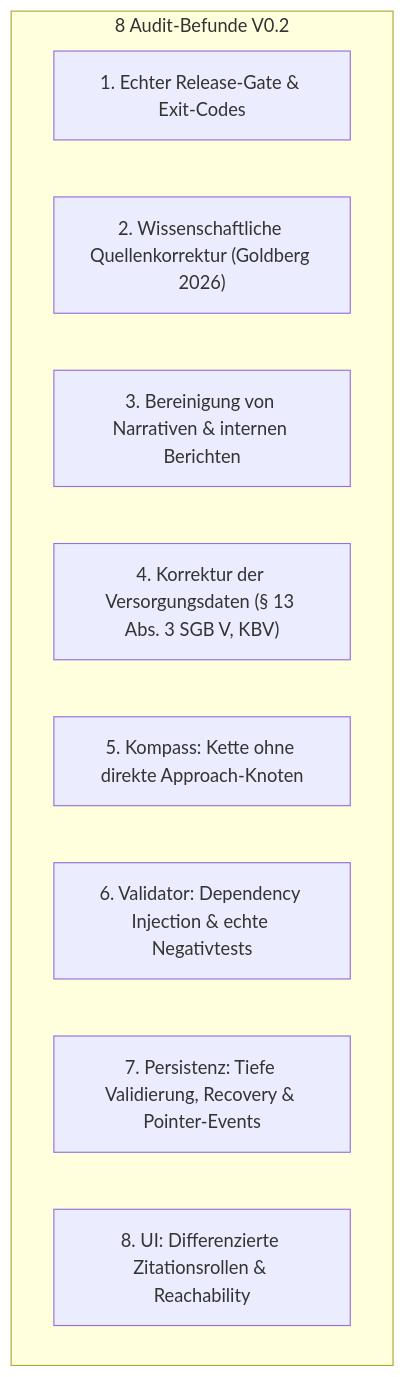
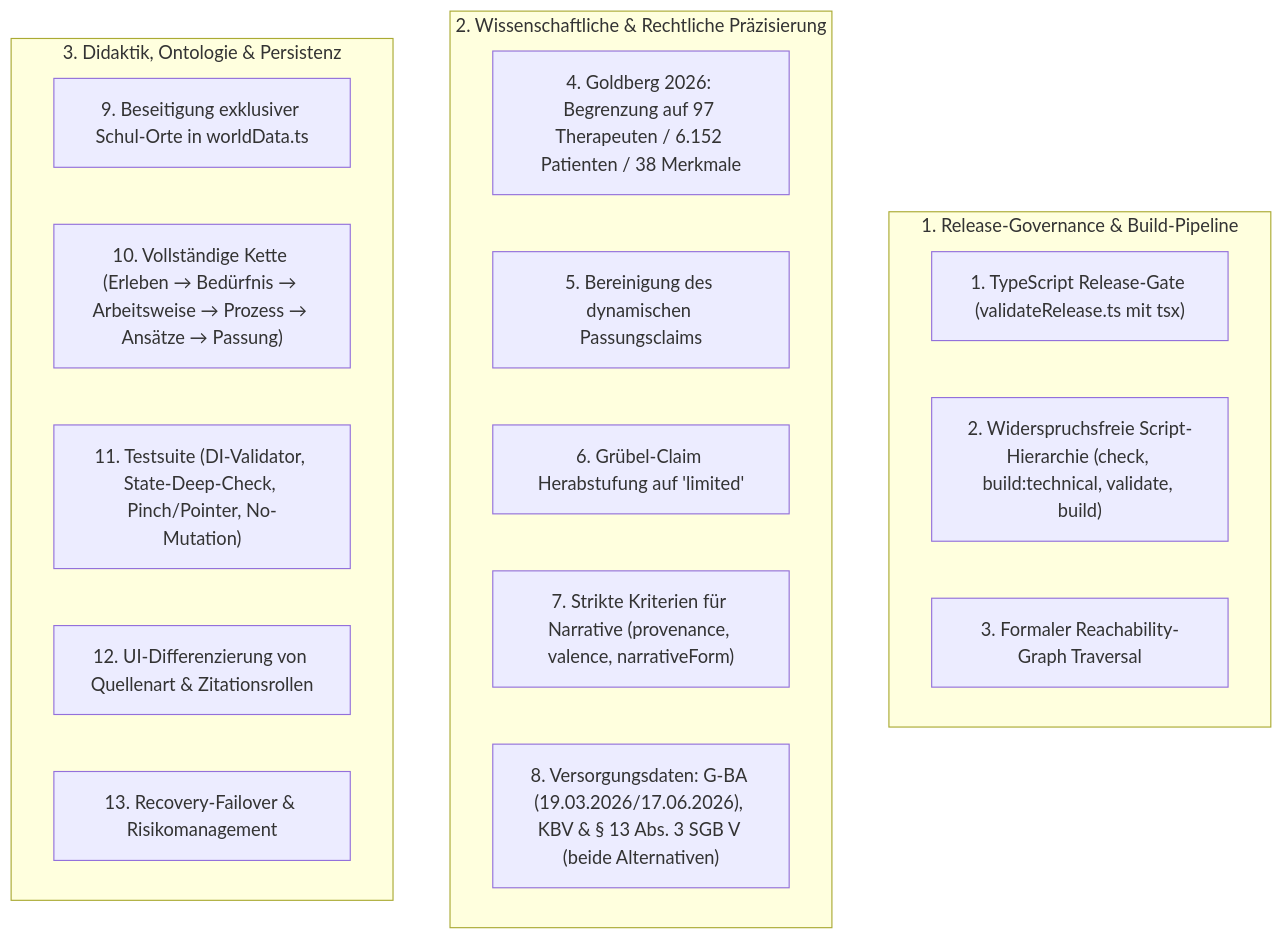
The diagram in docs/CORRECTION_PLAN_V02_AUDIT.md (TimWeyr/landkarte-der-psychotherapie), drawn with Mermaid before and after one commit. The commit also changed other lines of this file, not shown here.

Commit message:
docs: revise CORRECTION_PLAN_V02_AUDIT.md to Version 2.0 based on 13-point audit

````diff
--- a/docs/CORRECTION_PLAN_V02_AUDIT.md
+++ b/docs/CORRECTION_PLAN_V02_AUDIT.md
@@ -13,13 +13,24 @@
 ```mermaid
 graph TD
-    subgraph Audit ["8 Audit-Befunde V0.2"]
-        F1["1. Echter Release-Gate & Exit-Codes"]
-        F2["2. Wissenschaftliche Quellenkorrektur (Goldberg 2026)"]
-        F3["3. Bereinigung von Narrativen & internen Berichten"]
-        F4["4. Korrektur der Versorgungsdaten (§ 13 Abs. 3 SGB V, KBV)"]
-        F5["5. Kompass: Kette ohne direkte Approach-Knoten"]
-        F6["6. Validator: Dependency Injection & echte Negativtests"]
-        F7["7. Persistenz: Tiefe Validierung, Recovery & Pointer-Events"]
-        F8["8. UI: Differenzierte Zitationsrollen & Reachability"]
+    subgraph Governance ["1. Release-Governance & Build-Pipeline"]
+        K1["1. TypeScript Release-Gate (validateRelease.ts mit tsx)"]
+        K2["2. Widerspruchsfreie Script-Hierarchie (check, build:technical, validate, build)"]
+        K3["3. Formaler Reachability-Graph Traversal"]
+    end
+
+    subgraph Epistemics ["2. Wissenschaftliche & Rechtliche Präzisierung"]
+        K4["4. Goldberg 2026: Begrenzung auf 97 Therapeuten / 6.152 Patienten / 38 Merkmale"]
+        K5["5. Bereinigung des dynamischen Passungsclaims"]
+        K6["6. Grübel-Claim Herabstufung auf 'limited'"]
+        K7["7. Strikte Kriterien für Narrative (provenance, valence, narrativeForm)"]
+        K8["8. Versorgungsdaten: G-BA (19.03.2026/17.06.2026), KBV & § 13 Abs. 3 SGB V (beide Alternativen)"]
+    end
+
+    subgraph Architecture ["3. Didaktik, Ontologie & Persistenz"]
+        K9["9. Beseitigung exklusiver Schul-Orte in worldData.ts"]
+        K10["10. Vollständige Kette (Erleben → Bedürfnis → Arbeitsweise → Prozess → Ansätze → Passung)"]
+        K11["11. Testsuite (DI-Validator, State-Deep-Check, Pinch/Pointer, No-Mutation)"]
+        K12["12. UI-Differenzierung von Quellenart & Zitationsrollen"]
+        K13["13. Recovery-Failover & Risikomanagement"]
     end
 ```
````
